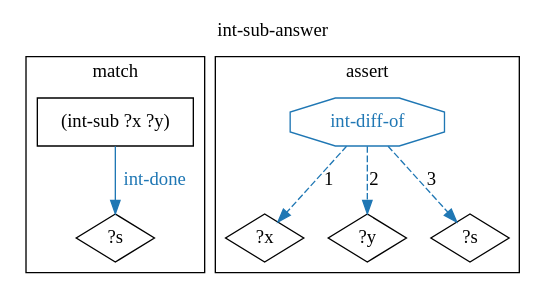
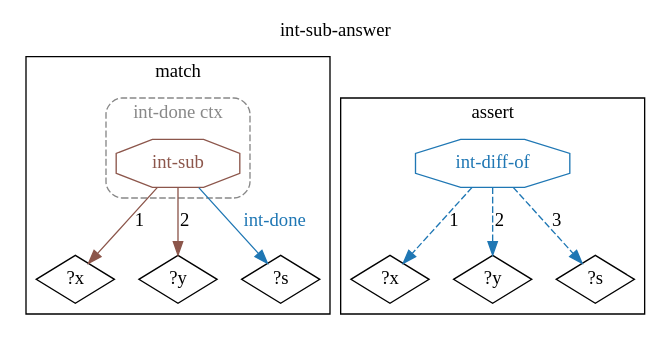
The diagram in docs/ein/user/04-reference/04-stdlib/diagrams/12-std.math.int.int-sub-answer.dot (agutikov/ein), drawn with Graphviz before and after one commit. The commit also changed 691 other files, not shown here.

```diff
--- a/docs/ein/user/04-reference/04-stdlib/diagrams/12-std.math.int.int-sub-answer.dot
+++ b/docs/ein/user/04-reference/04-stdlib/diagrams/12-std.math.int.int-sub-answer.dot
@@ -1,18 +1,25 @@
 digraph rule_int_sub_answer_lhs_rhs {
   rankdir=TB;
   label="int-sub-answer"; labelloc=t;
   subgraph cluster_lhs { label="match";
-    "(int-sub ?x ?y)_L" [label="(int-sub ?x ?y)", shape=rectangle];
+    "?x_L" [label="?x", shape=diamond];
+    "?y_L" [label="?y", shape=diamond];
     "?s_L" [label="?s", shape=diamond];
+    subgraph cluster_ctx_L_0 {
+      label="int-done ctx"; style="dashed,rounded"; color="#888888"; fontcolor="#888888";
+      "(int-sub ?x ?y)_L" [shape=octagon, label="int-sub", color="#8c564b", fontcolor="#8c564b"];
+    }
     "(int-sub ?x ?y)_L" -> "?s_L" [label="int-done", color="#1f77b4", fontcolor="#1f77b4"];
+    "(int-sub ?x ?y)_L" -> "?x_L" [label="1", color="#8c564b"];
+    "(int-sub ?x ?y)_L" -> "?y_L" [label="2", color="#8c564b"];
   }
   subgraph cluster_rhs { label="assert";
     "?x_R" [label="?x", shape=diamond];
     "?y_R" [label="?y", shape=diamond];
     "?s_R" [label="?s", shape=diamond];
     "h1_int-diff-of_R" [shape=octagon, label="int-diff-of", color="#1f77b4", fontcolor="#1f77b4"];
     "h1_int-diff-of_R" -> "?x_R" [label="1", color="#1f77b4", style=dashed];
     "h1_int-diff-of_R" -> "?y_R" [label="2", color="#1f77b4", style=dashed];
     "h1_int-diff-of_R" -> "?s_R" [label="3", color="#1f77b4", style=dashed];
   }
 }
```
